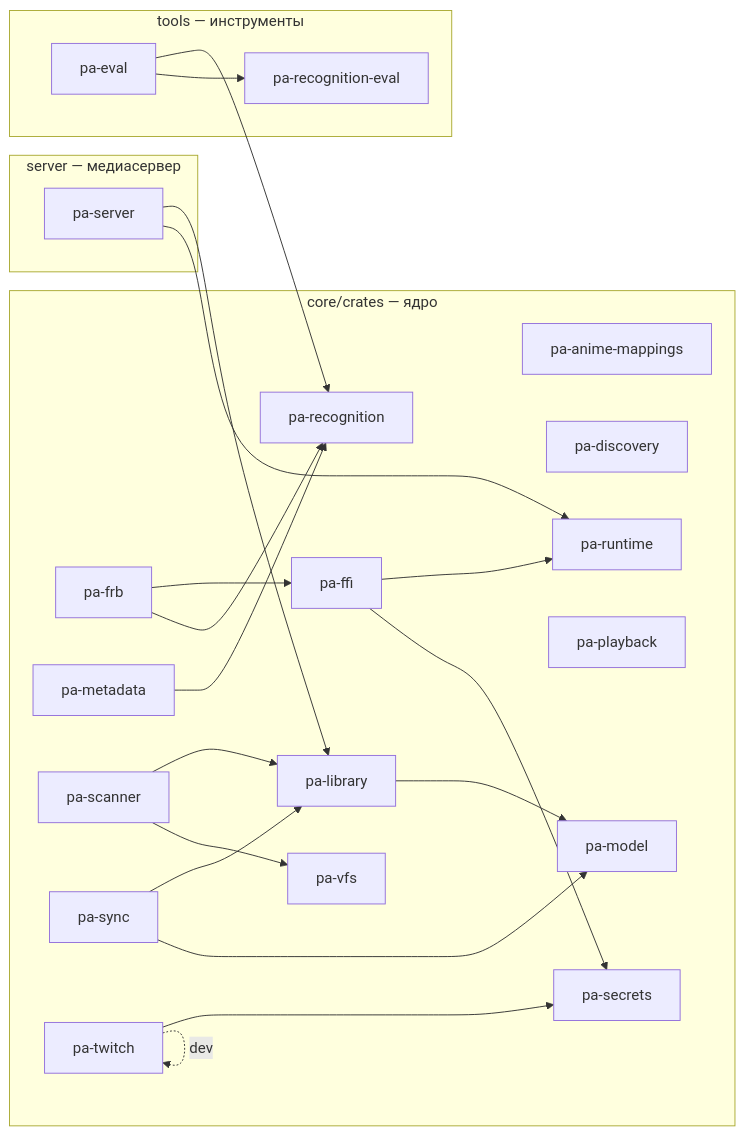
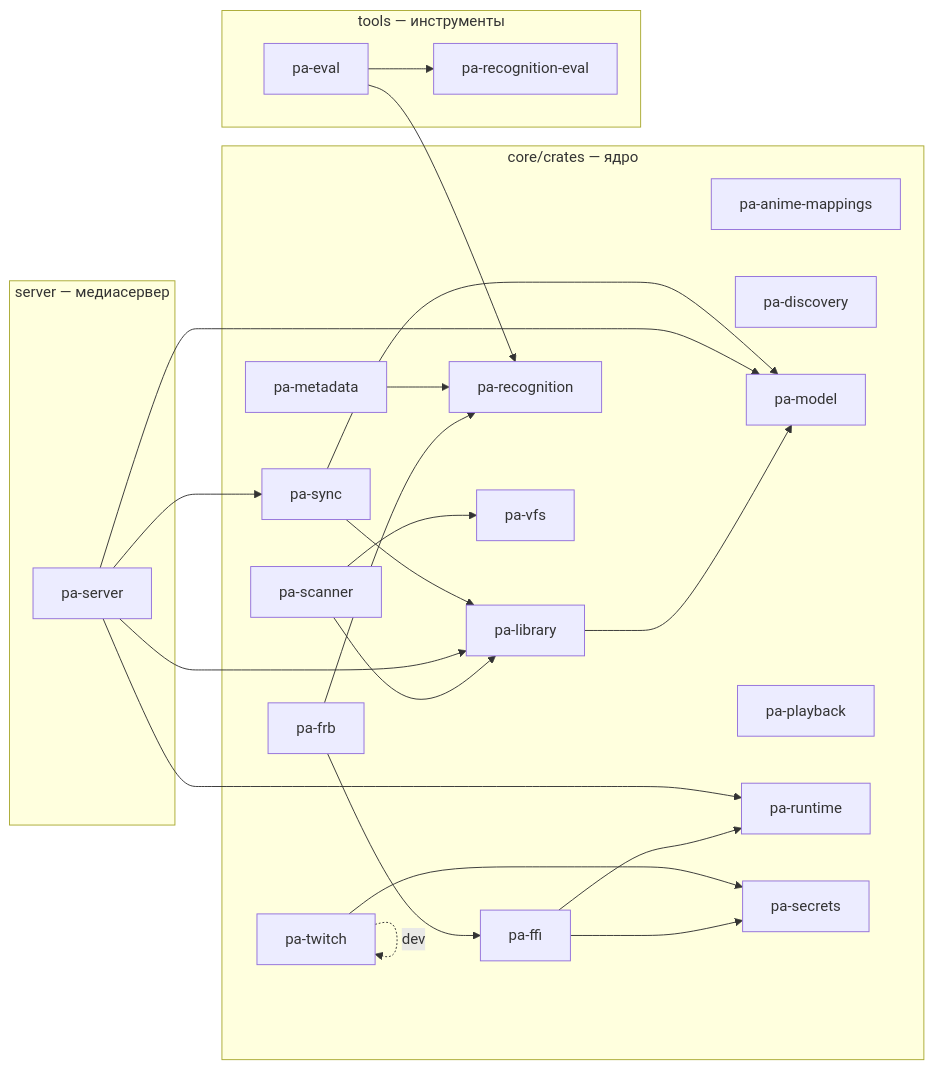
Before and after one commit to DenisHumen/project_alpha: the diagram in docs/dev/crate-graph.md, drawn with Mermaid. The commit also changed other lines of this file, not shown here.

Commit message:
chore: refresh Cargo.lock and crate graph

````diff
--- a/docs/dev/crate-graph.md
+++ b/docs/dev/crate-graph.md
@@ -12,43 +12,45 @@
 ```mermaid
 flowchart LR
   subgraph g0["core/crates — ядро"]
     pa_anime_mappings["pa-anime-mappings"]
     pa_discovery["pa-discovery"]
     pa_ffi["pa-ffi"]
     pa_frb["pa-frb"]
     pa_library["pa-library"]
     pa_metadata["pa-metadata"]
     pa_model["pa-model"]
     pa_playback["pa-playback"]
     pa_recognition["pa-recognition"]
     pa_runtime["pa-runtime"]
     pa_scanner["pa-scanner"]
     pa_secrets["pa-secrets"]
     pa_sync["pa-sync"]
     pa_twitch["pa-twitch"]
     pa_vfs["pa-vfs"]
   end
   subgraph g1["server — медиасервер"]
     pa_server["pa-server"]
   end
   subgraph g2["tools — инструменты"]
     pa_eval["pa-eval"]
     pa_recognition_eval["pa-recognition-eval"]
   end
   pa_eval --> pa_recognition
   pa_eval --> pa_recognition_eval
   pa_ffi --> pa_runtime
   pa_ffi --> pa_secrets
   pa_frb --> pa_ffi
   pa_frb --> pa_recognition
   pa_library --> pa_model
   pa_metadata --> pa_recognition
   pa_scanner --> pa_library
   pa_scanner --> pa_vfs
   pa_server --> pa_library
+  pa_server --> pa_model
   pa_server --> pa_runtime
+  pa_server --> pa_sync
   pa_sync --> pa_library
   pa_sync --> pa_model
   pa_twitch --> pa_secrets
   pa_twitch -. dev .-> pa_twitch
 ```
````
